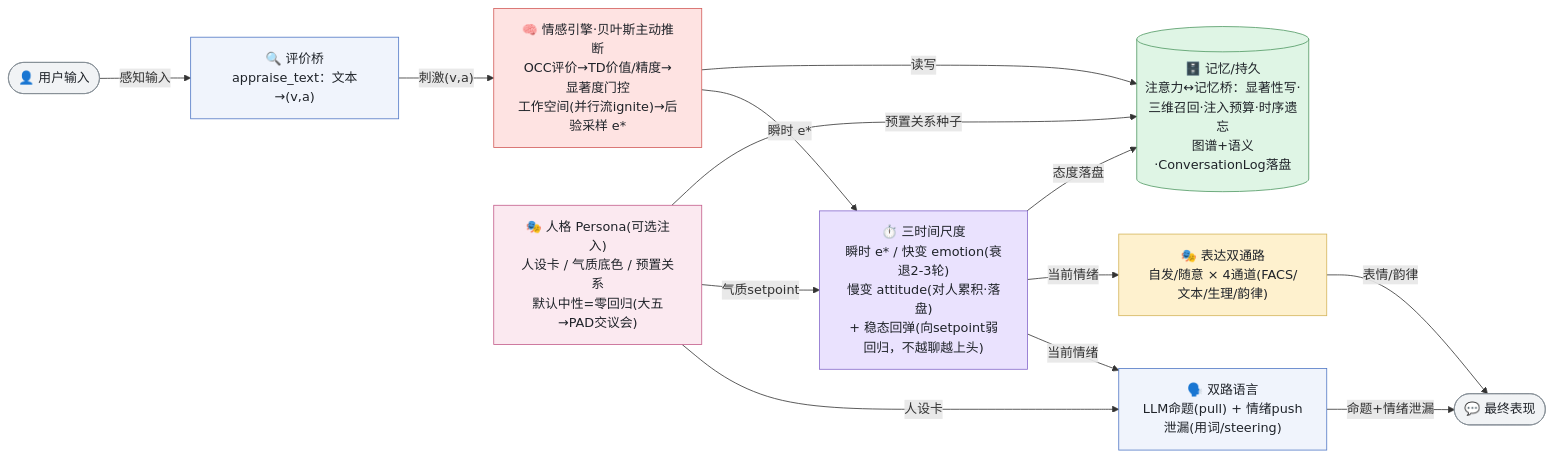
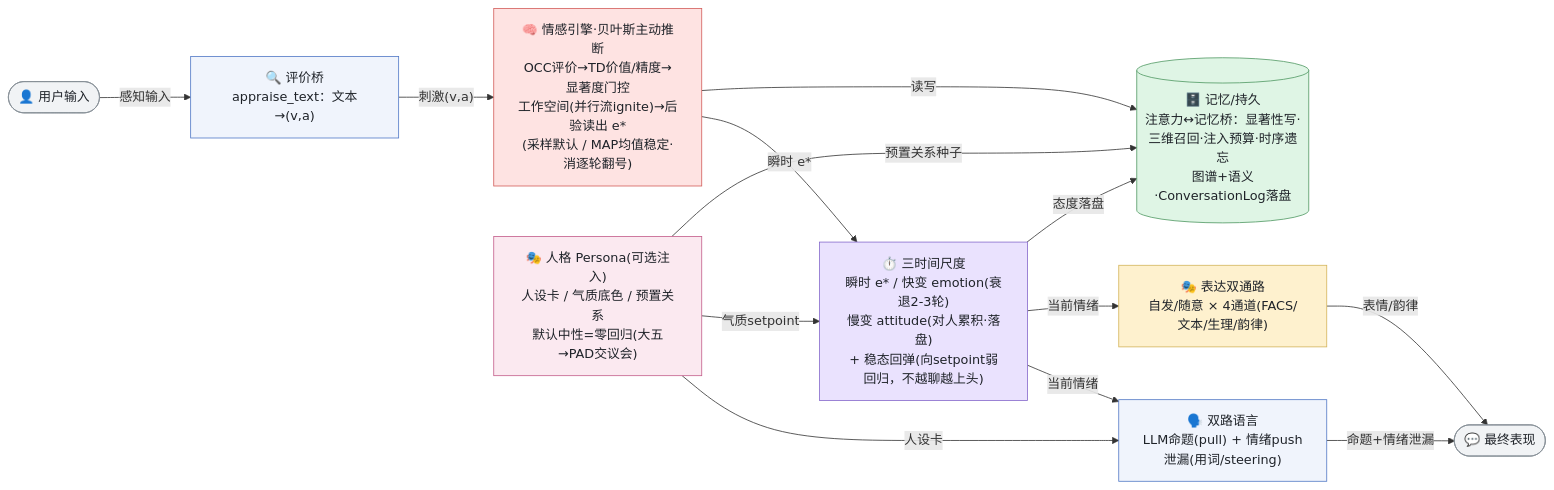
Before and after one commit to WizardHeHeJun/Zero: the diagram in docs/v2/framework-current.mmd, drawn with Mermaid. The commit also changed 1 other file, not shown here.

Commit message:
docs(diagrams): 框架图 engine 节点标注 e* 读出模式(采样默认/MAP均值稳定·消翻号)
mmd 源 engine 节点"后验采样 e*"→"后验读出 e*(采样默认/MAP均值稳定·消逐轮翻号)",
经飞书画板重渲染 framework-current.png(Pillow 裁白边)。框架拓扑不变,仅标出 P4 读出开关。

```diff
--- a/docs/v2/framework-current.mmd
+++ b/docs/v2/framework-current.mmd
@@ -1,32 +1,32 @@
 flowchart LR
   user(["👤 用户输入"]):::terminal
   appraise["🔍 评价桥<br/>appraise_text：文本→(v,a)"]:::appraise
-  engine["🧠 情感引擎·贝叶斯主动推断<br/>OCC评价→TD价值/精度→显著度门控<br/>工作空间(并行流ignite)→后验采样 e*"]:::engine
+  engine["🧠 情感引擎·贝叶斯主动推断<br/>OCC评价→TD价值/精度→显著度门控<br/>工作空间(并行流ignite)→后验读出 e*<br/>(采样默认 / MAP均值稳定·消逐轮翻号)"]:::engine
   timescales["⏱️ 三时间尺度<br/>瞬时 e* / 快变 emotion(衰退2-3轮)<br/>慢变 attitude(对人累积·落盘)<br/>+ 稳态回弹(向setpoint弱回归，不越聊越上头)"]:::timescale
   language["🗣️ 双路语言<br/>LLM命题(pull) + 情绪push泄漏(用词/steering)"]:::language
   expression["🎭 表达双通路<br/>自发/随意 × 4通道(FACS/文本/生理/韵律)"]:::expression
   persona["🎭 人格 Persona(可选注入)<br/>人设卡 / 气质底色 / 预置关系<br/>默认中性=零回归(大五→PAD交议会)"]:::persona
   memory[("🗄️ 记忆/持久<br/>注意力↔记忆桥：显著性写·三维召回·注入预算·时序遗忘<br/>图谱+语义·ConversationLog落盘")]:::memory
   output(["💬 最终表现"]):::terminal
 
   user -->|"感知输入"| appraise
   appraise -->|"刺激(v,a)"| engine
   engine -->|"瞬时 e*"| timescales
   timescales -->|"当前情绪"| language
   timescales -->|"当前情绪"| expression
   language -->|"命题+情绪泄漏"| output
   expression -->|"表情/韵律"| output
   engine -->|"读写"| memory
   timescales -->|"态度落盘"| memory
   persona -->|"人设卡"| language
   persona -->|"气质setpoint"| timescales
   persona -->|"预置关系种子"| memory
 
   classDef terminal fill:#F1F3F5,stroke:#868E96,color:#1F2329
   classDef appraise fill:#F0F4FC,stroke:#5178C6,color:#1F2329
   classDef engine fill:#FEE3E2,stroke:#D25D5A,color:#1F2329
   classDef timescale fill:#EAE2FE,stroke:#8569CB,color:#1F2329
   classDef language fill:#F0F4FC,stroke:#5178C6,color:#1F2329
   classDef expression fill:#FEF1CE,stroke:#D4B45B,color:#1F2329
   classDef memory fill:#DFF5E5,stroke:#509863,color:#1F2329
   classDef persona fill:#FBE9F0,stroke:#C45D8B,color:#1F2329
```
